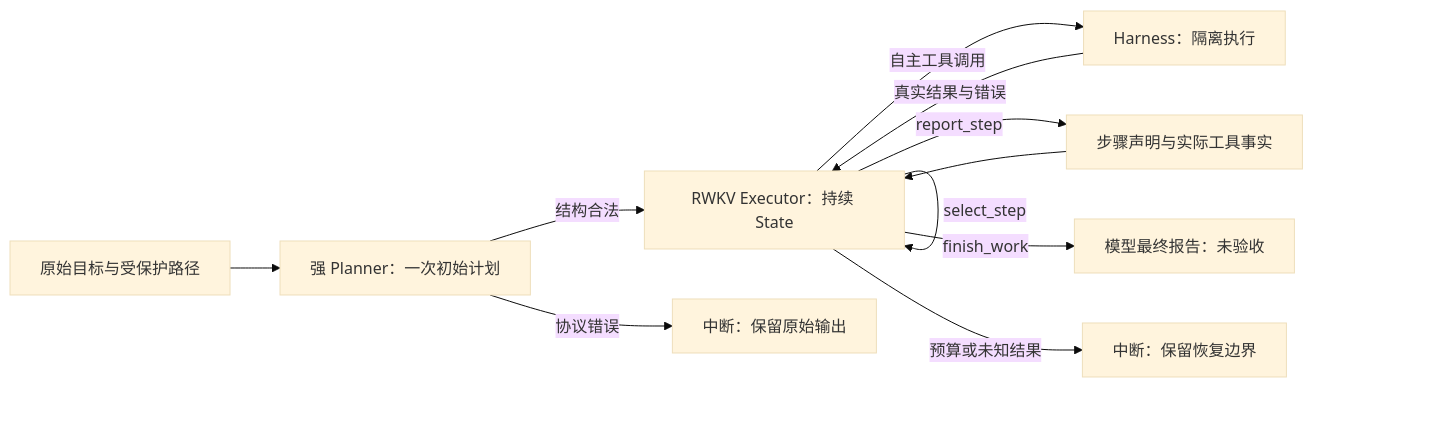
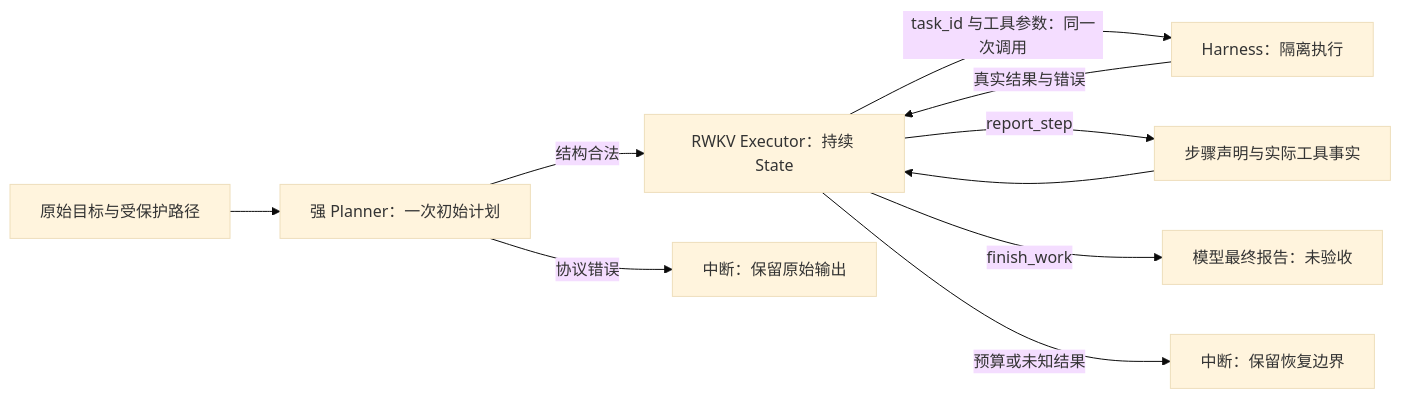
The diagram in docs/ARCHITECTURE.zh-CN.md (rwkv-rs/RWKV-LH), drawn with Mermaid (base theme) before and after one commit. The commit also changed other lines of this file and 9 other files, not shown here.

````diff
--- a/docs/ARCHITECTURE.zh-CN.md
+++ b/docs/ARCHITECTURE.zh-CN.md
@@ -9,13 +9,12 @@
 ```mermaid
 flowchart LR
     U[原始目标与受保护路径] --> P[强 Planner：一次初始计划]
     P -->|结构合法| E[RWKV Executor：持续 State]
     P -->|协议错误| I[中断：保留原始输出]
-    E -->|select_step| E
-    E -->|自主工具调用| T[Harness：隔离执行]
+    E -->|task_id 与工具参数：同一次调用| T[Harness：隔离执行]
     T -->|真实结果与错误| E
     E -->|report_step| R[步骤声明与实际工具事实]
     R --> E
     E -->|finish_work| F[模型最终报告：未验收]
     E -->|预算或未知结果| B[中断：保留恢复边界]
 ```
````
